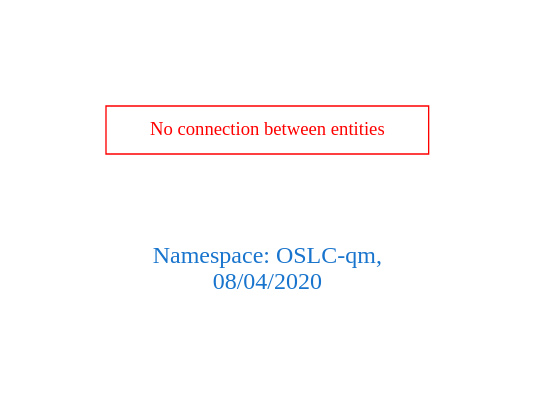
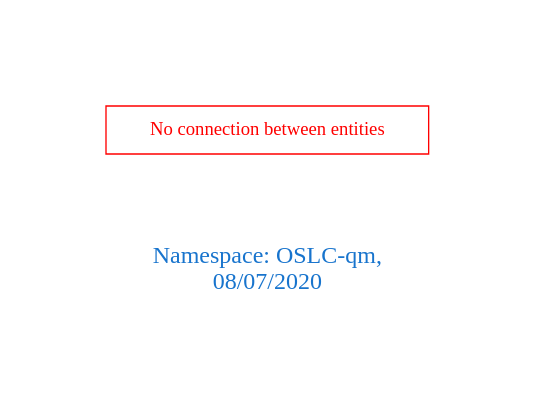
Before and after one commit to arago/OGIT: the diagram in downloads/OSLC-qm.dot, drawn with Graphviz. The commit also changed 1770 other files, not shown here.

```diff
--- a/downloads/OSLC-qm.dot
+++ b/downloads/OSLC-qm.dot
@@ -1,9 +1,9 @@
 digraph OGIT_ontology {
  graph [ rankdir= LR,pad=1 
 fontsize = 18,
-fontcolor= dodgerblue3,label = "\n\n\nNamespace: OSLC-qm, \n 08/04/2020"];
+fontcolor= dodgerblue3,label = "\n\n\nNamespace: OSLC-qm, \n 08/07/2020"];
 node[shape=polygon];
 edge [  color="gray81"];
 
 "No connection between entities" [fontcolor = "red",color="red", shape="polygon"]
 }
```
